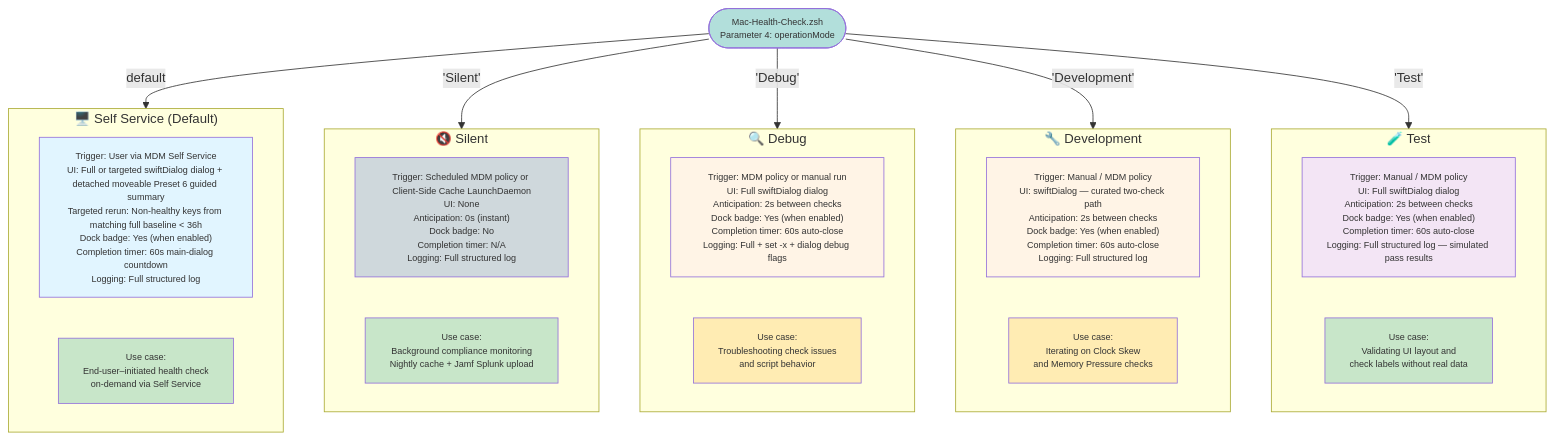
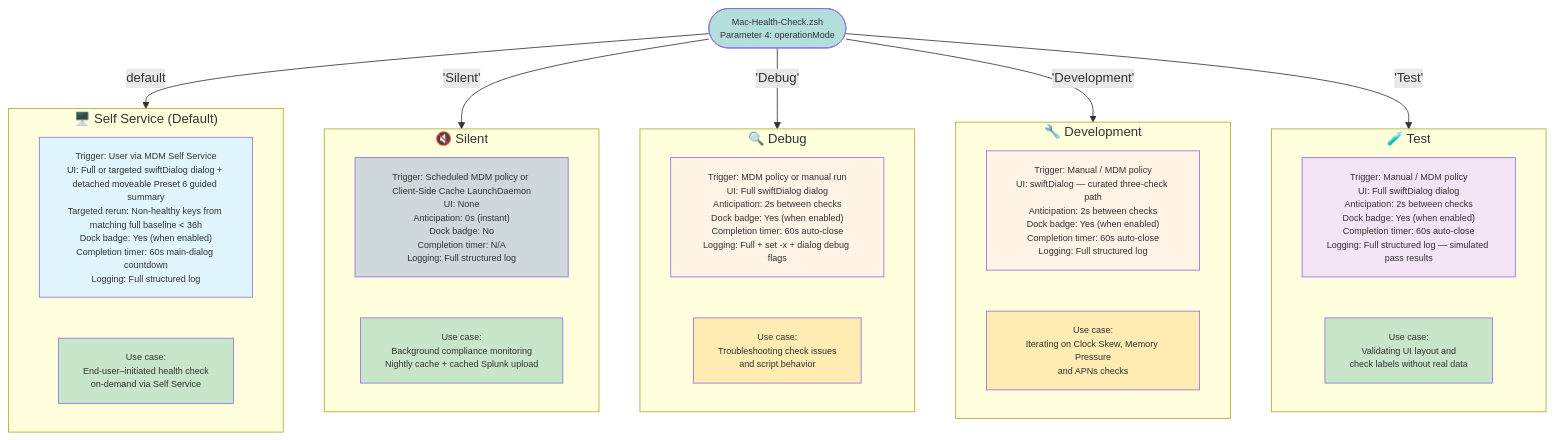
Before and after one commit to dan-snelson/Mac-Health-Check: the diagram in Diagrams/05-operation-modes.md, drawn with Mermaid. The commit also changed other lines of this file and 35 other files, not shown here.

````diff
--- a/Diagrams/05-operation-modes.md
+++ b/Diagrams/05-operation-modes.md
@@ -5,54 +5,54 @@
 ```mermaid
 graph TB
     ENTRY(["Mac-Health-Check.zsh<br>Parameter 4: operationMode"])
 
     subgraph SelfService["🖥️ Self Service (Default)"]
         SS_DESC["Trigger: User via MDM Self Service<br>UI: Full or targeted swiftDialog dialog + detached moveable Preset 6 guided summary<br>Targeted rerun: Non-healthy keys from matching full baseline < 36h<br>Dock badge: Yes (when enabled)<br>Completion timer: 60s main-dialog countdown<br>Logging: Full structured log"]
         SS_USE["Use case:<br>End-user–initiated health check<br>on-demand via Self Service"]
 
         style SS_DESC fill:#e1f5ff
         style SS_USE fill:#c8e6c9
     end
 
     subgraph Silent["🔇 Silent"]
         SL_DESC["Trigger: Scheduled MDM policy or Client-Side Cache LaunchDaemon<br>UI: None<br>Anticipation: 0s (instant)<br>Dock badge: No<br>Completion timer: N/A<br>Logging: Full structured log"]
-        SL_USE["Use case:<br>Background compliance monitoring<br>Nightly cache + Jamf Splunk upload"]
+        SL_USE["Use case:<br>Background compliance monitoring<br>Nightly cache + cached Splunk upload"]
 
         style SL_DESC fill:#cfd8dc
         style SL_USE fill:#c8e6c9
     end
 
     subgraph Debug["🔍 Debug"]
         DB_DESC["Trigger: MDM policy or manual run<br>UI: Full swiftDialog dialog<br>Anticipation: 2s between checks<br>Dock badge: Yes (when enabled)<br>Completion timer: 60s auto-close<br>Logging: Full + set -x + dialog debug flags"]
         DB_USE["Use case:<br>Troubleshooting check issues<br>and script behavior"]
 
         style DB_DESC fill:#fff4e6
         style DB_USE fill:#ffecb3
     end
 
     subgraph Development["🔧 Development"]
-        DV_DESC["Trigger: Manual / MDM policy<br>UI: swiftDialog — curated two-check path<br>Anticipation: 2s between checks<br>Dock badge: Yes (when enabled)<br>Completion timer: 60s auto-close<br>Logging: Full structured log"]
-        DV_USE["Use case:<br>Iterating on Clock Skew<br>and Memory Pressure checks"]
+        DV_DESC["Trigger: Manual / MDM policy<br>UI: swiftDialog — curated three-check path<br>Anticipation: 2s between checks<br>Dock badge: Yes (when enabled)<br>Completion timer: 60s auto-close<br>Logging: Full structured log"]
+        DV_USE["Use case:<br>Iterating on Clock Skew, Memory Pressure<br>and APNs checks"]
 
         style DV_DESC fill:#fff4e6
         style DV_USE fill:#ffecb3
     end
 
     subgraph Test["🧪 Test"]
         TS_DESC["Trigger: Manual / MDM policy<br>UI: Full swiftDialog dialog<br>Anticipation: 2s between checks<br>Dock badge: Yes (when enabled)<br>Completion timer: 60s auto-close<br>Logging: Full structured log — simulated pass results"]
         TS_USE["Use case:<br>Validating UI layout and<br>check labels without real data"]
 
         style TS_DESC fill:#f3e5f5
         style TS_USE fill:#c8e6c9
     end
 
     ENTRY -->|default| SelfService
     ENTRY -->|"'Silent'"| Silent
     ENTRY -->|"'Debug'"| Debug
     ENTRY -->|"'Development'"| Development
     ENTRY -->|"'Test'"| Test
 
     style ENTRY fill:#b2dfdb
 
     classDef default font-size:11px
 ```
````
